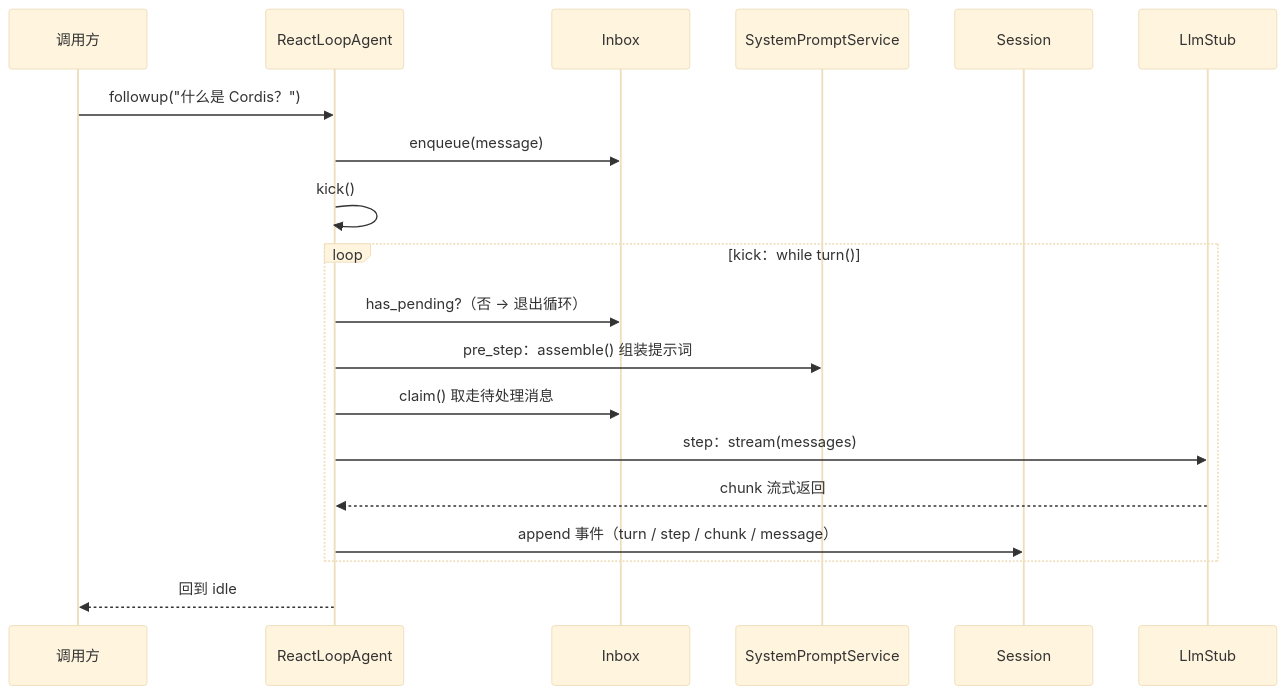
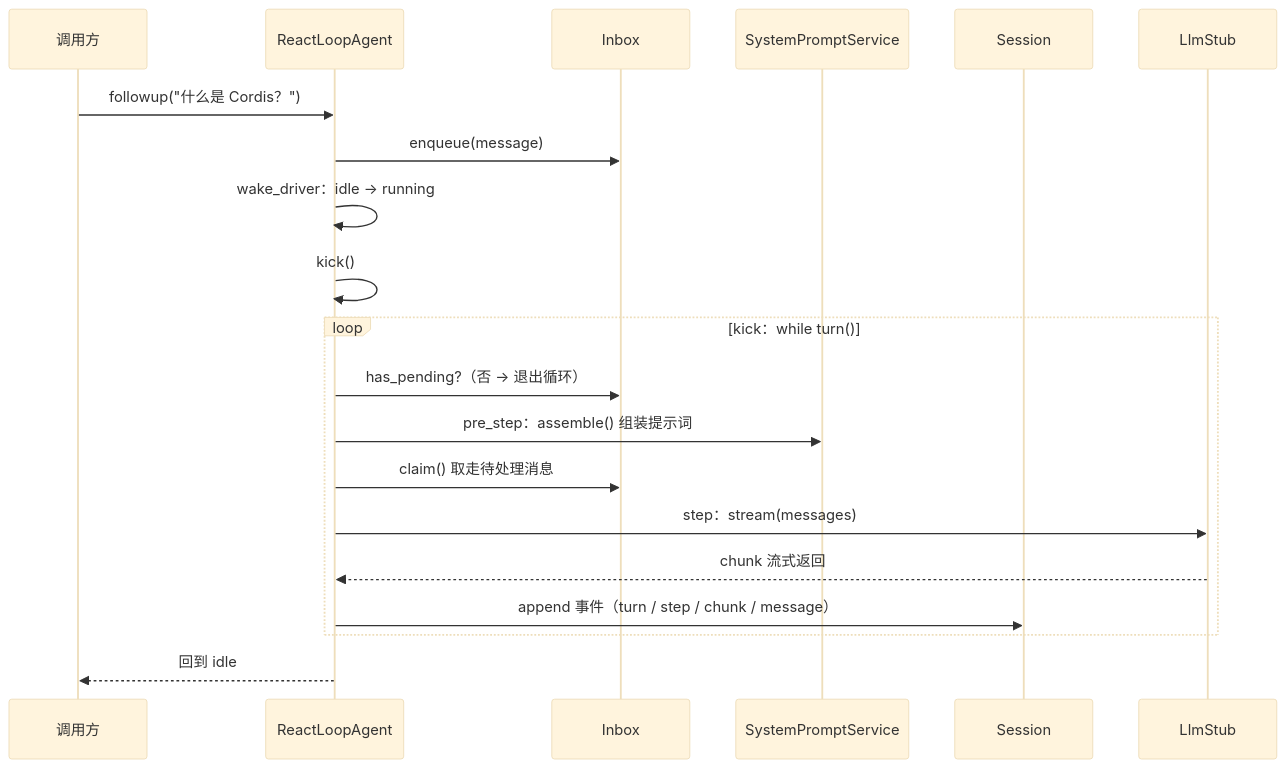
One commit to ChenYu1991ppak/deepseek-harness-anatomy changed the sixth of 6 diagrams in ch02/ch02-agent-loop_zh.md. Above: the diagram before and after it, drawn with Mermaid (base theme). The commit also changed other lines of this file and 124 other files, not shown here.

````diff
--- a/ch02/ch02-agent-loop_zh.md
+++ b/ch02/ch02-agent-loop_zh.md
@@ -639,23 +658,24 @@
 ```mermaid
 sequenceDiagram
     participant U as 调用方
     participant A as ReactLoopAgent
     participant I as Inbox
     participant P as SystemPromptService
     participant S as Session
     participant L as LlmStub
 
     U->>A: followup("什么是 Cordis？")
     A->>I: enqueue(message)
+    A->>A: wake_driver：idle → running
     A->>A: kick()
 
     loop kick：while turn()
         A->>I: has_pending?（否 → 退出循环）
         A->>P: pre_step：assemble() 组装提示词
         A->>I: claim() 取走待处理消息
         A->>L: step：stream(messages)
         L-->>A: chunk 流式返回
         A->>S: append 事件（turn / step / chunk / message）
     end
     A-->>U: 回到 idle
 ```
````
